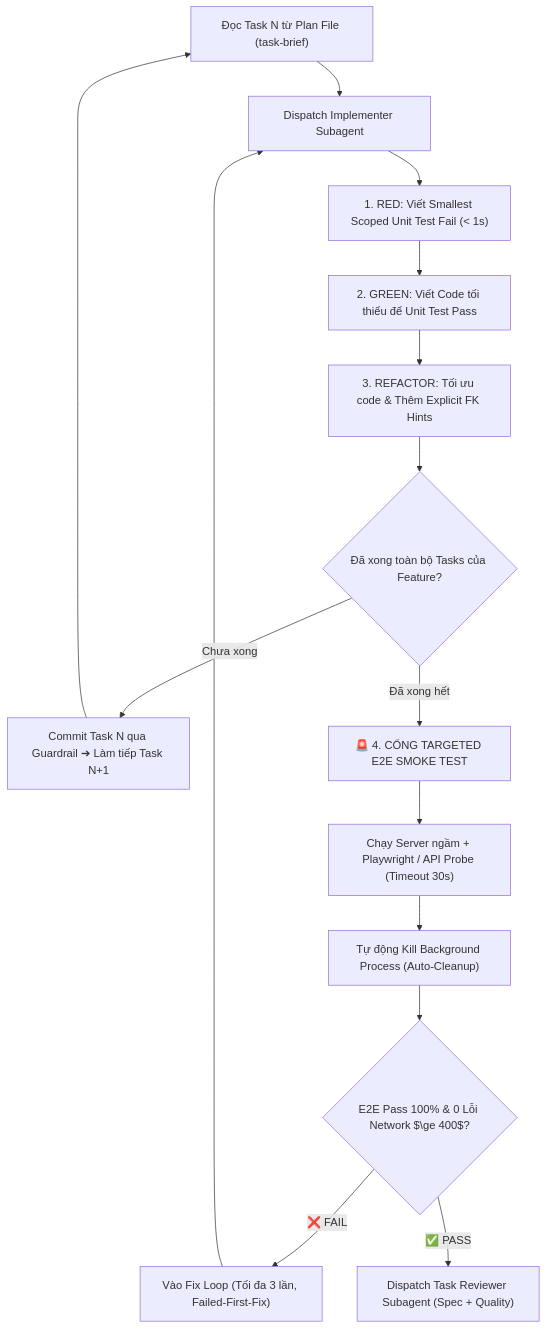
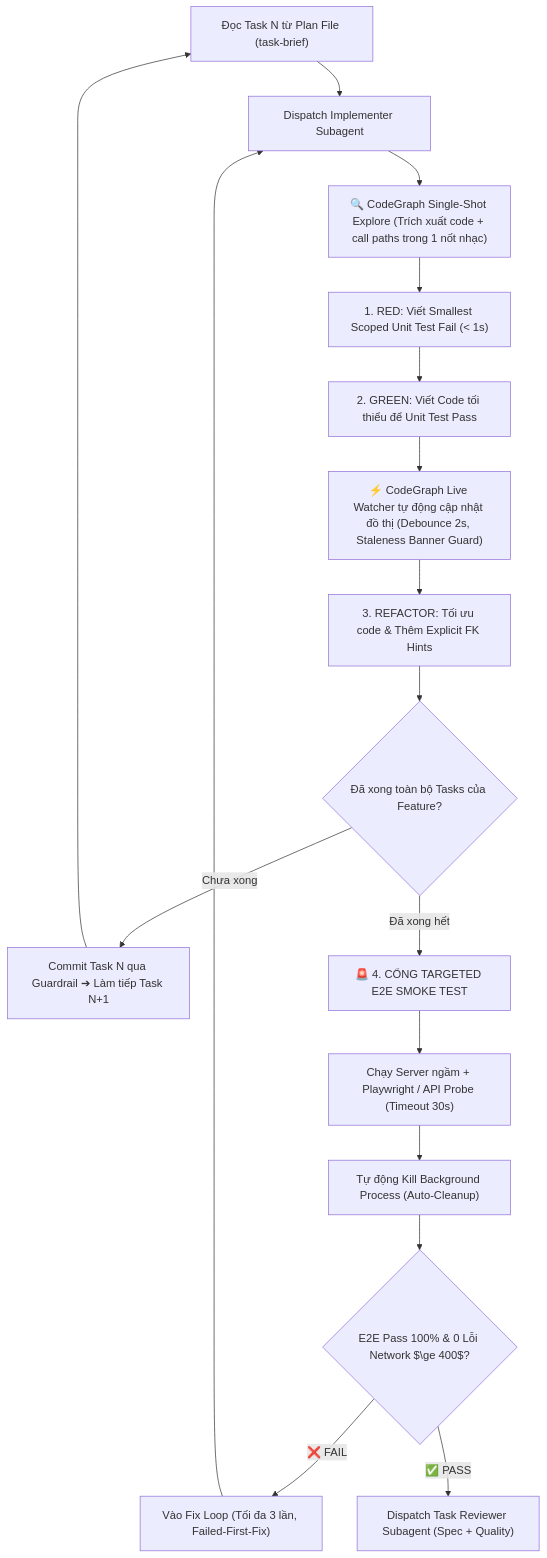
Before and after one commit to tranngoc-dev/Anti-Workflow-Ultimate: the diagram in global_workflows/code.md, drawn with Mermaid. The commit also changed other lines of this file and 6 other files, not shown here.

````diff
--- a/global_workflows/code.md
+++ b/global_workflows/code.md
@@ -44,17 +44,19 @@
 ```mermaid
 flowchart TD
     A["Đọc Task N từ Plan File (task-brief)"] --> B["Dispatch Implementer Subagent"]
-    B --> C["1. RED: Viết Smallest Scoped Unit Test Fail (< 1s)"]
+    B --> B1["🔍 CodeGraph Single-Shot Explore (Trích xuất code + call paths trong 1 nốt nhạc)"]
+    B1 --> C["1. RED: Viết Smallest Scoped Unit Test Fail (< 1s)"]
     C --> D["2. GREEN: Viết Code tối thiểu để Unit Test Pass"]
-    D --> E["3. REFACTOR: Tối ưu code & Thêm Explicit FK Hints"]
+    D --> D1["⚡ CodeGraph Live Watcher tự động cập nhật đồ thị (Debounce 2s, Staleness Banner Guard)"]
+    D1 --> E["3. REFACTOR: Tối ưu code & Thêm Explicit FK Hints"]
     E --> F{"Đã xong toàn bộ Tasks của Feature?"}
     F -->|Chưa xong| G["Commit Task N qua Guardrail ➔ Làm tiếp Task N+1"]
     G --> A
     F -->|Đã xong hết| H["🚨 4. CỔNG TARGETED E2E SMOKE TEST"]
     H --> I["Chạy Server ngầm + Playwright / API Probe (Timeout 30s)"]
     I --> J["Tự động Kill Background Process (Auto-Cleanup)"]
     J --> K{"E2E Pass 100% & 0 Lỗi Network $\ge 400$?"}
     K -->|❌ FAIL| L["Vào Fix Loop (Tối đa 3 lần, Failed-First-Fix)"]
     L --> B
     K -->|✅ PASS| M["Dispatch Task Reviewer Subagent (Spec + Quality)"]
 ```
````
